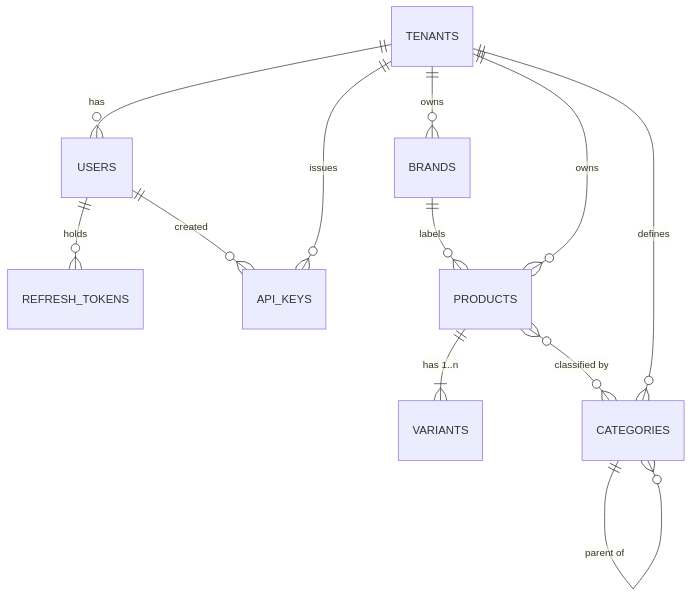
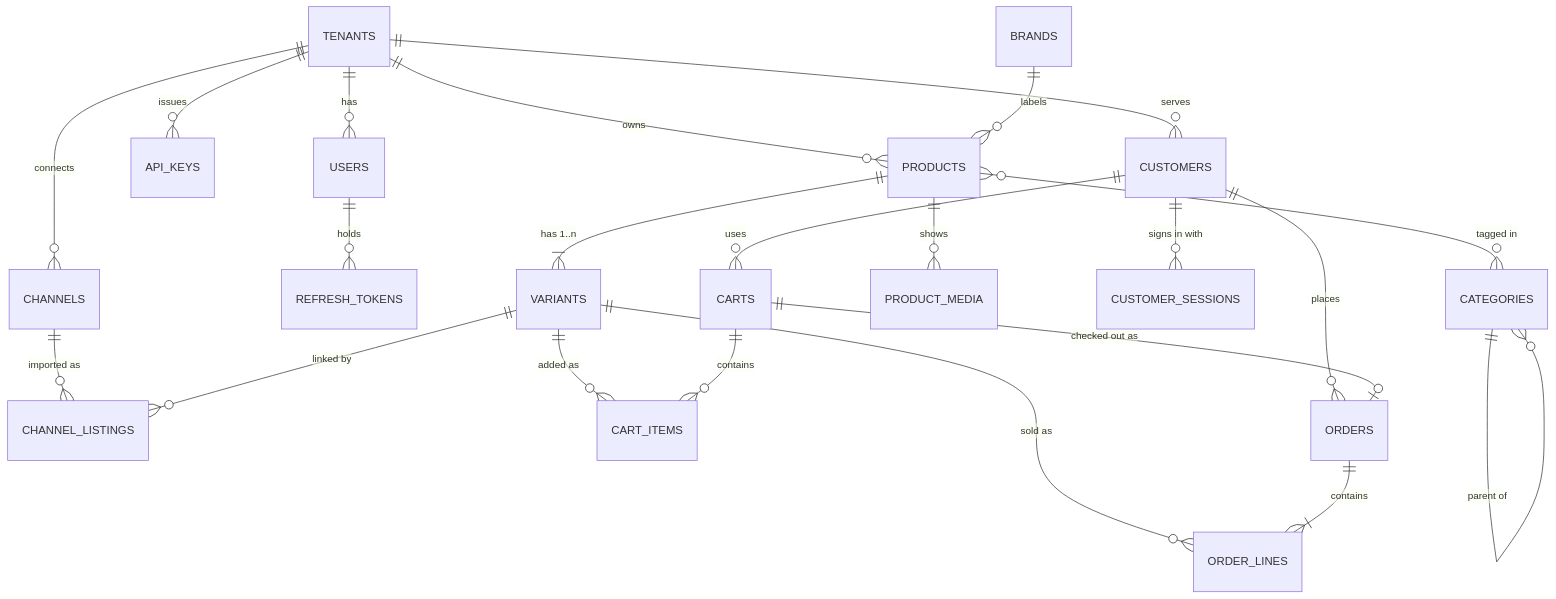
Before and after one commit to miqbalhamdani/new-commerce-contracts: the diagram in 03-erd.md, drawn with Mermaid. The commit also changed other lines of this file and 6 other files, not shown here.

````diff
--- a/03-erd.md
+++ b/03-erd.md
@@ -10,16 +12,24 @@
 ```mermaid
 erDiagram
-  TENANTS ||--o{ USERS : "has"
-  TENANTS ||--o{ API_KEYS : "issues"
-  TENANTS ||--o{ BRANDS : "owns"
-  TENANTS ||--o{ PRODUCTS : "owns"
-  TENANTS ||--o{ CATEGORIES : "defines"
-
-  USERS ||--o{ REFRESH_TOKENS : "holds"
-  USERS ||--o{ API_KEYS : "created"
-
-  BRANDS ||--o{ PRODUCTS : "labels"
+  TENANTS ||--o{ USERS : has
+  TENANTS ||--o{ API_KEYS : issues
+  TENANTS ||--o{ PRODUCTS : owns
+  TENANTS ||--o{ CHANNELS : connects
+  TENANTS ||--o{ CUSTOMERS : serves
+  USERS ||--o{ REFRESH_TOKENS : holds
+  BRANDS ||--o{ PRODUCTS : labels
   PRODUCTS ||--|{ VARIANTS : "has 1..n"
-  PRODUCTS }o--o{ CATEGORIES : "classified by"
+  PRODUCTS }o--o{ CATEGORIES : "tagged in"
   CATEGORIES ||--o{ CATEGORIES : "parent of"
+  PRODUCTS ||--o{ PRODUCT_MEDIA : shows
+  CHANNELS ||--o{ CHANNEL_LISTINGS : "imported as"
+  VARIANTS ||--o{ CHANNEL_LISTINGS : "linked by"
+  VARIANTS ||--o{ CART_ITEMS : "added as"
+  VARIANTS ||--o{ ORDER_LINES : "sold as"
+  CUSTOMERS ||--o{ CUSTOMER_SESSIONS : "signs in with"
+  CUSTOMERS ||--o{ CARTS : uses
+  CUSTOMERS ||--o{ ORDERS : places
+  CARTS ||--o{ CART_ITEMS : contains
+  CARTS ||--o| ORDERS : "checked out as"
+  ORDERS ||--|{ ORDER_LINES : contains
 ```
````
